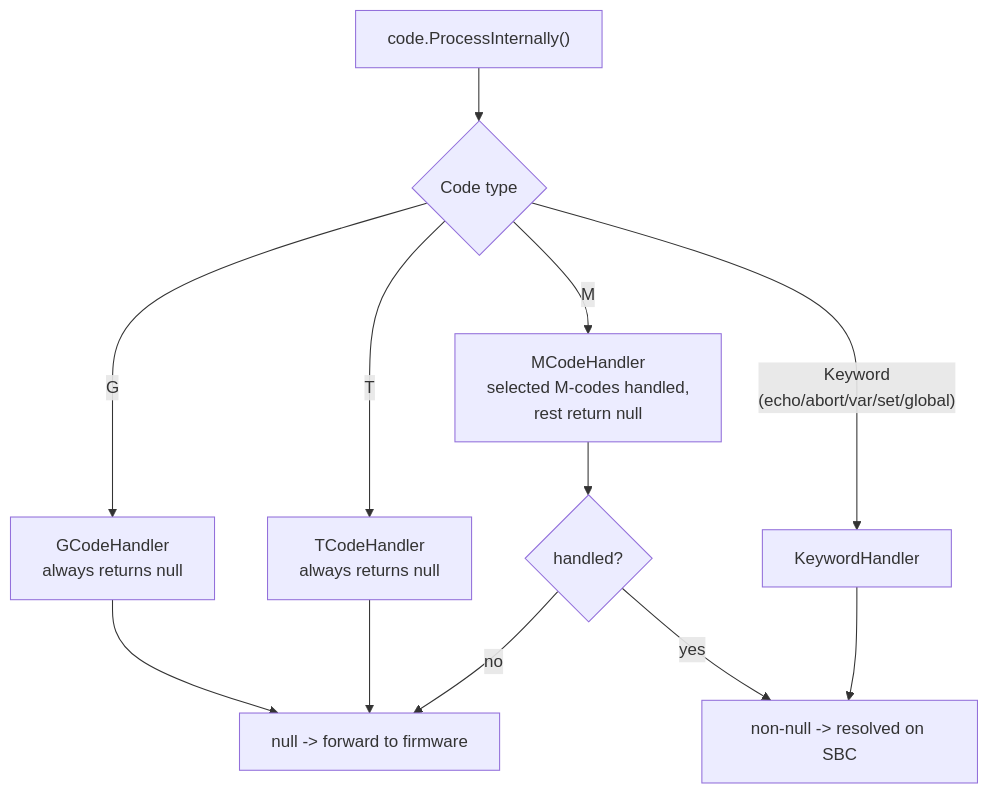
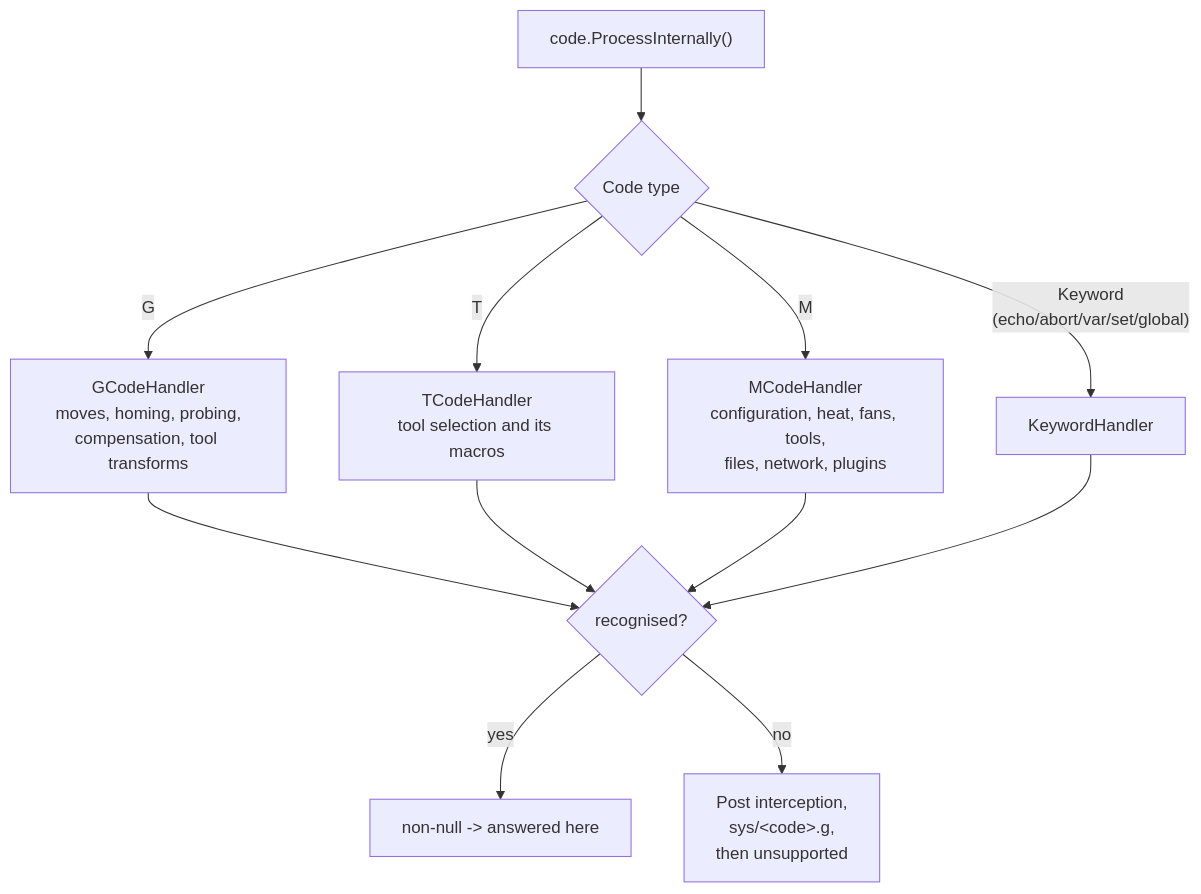
One commit to Duet3D/DuetSoftwareFramework changed the third of 3 diagrams in src/Documentation/articles/gcode-flow.md. Above: the diagram before and after it, drawn with Mermaid. The commit also changed other lines of this file and 8 other files, not shown here.

````diff
--- a/src/Documentation/articles/gcode-flow.md
+++ b/src/Documentation/articles/gcode-flow.md
@@ -179,15 +183,15 @@
 ```mermaid
 flowchart TD
     PI["code.ProcessInternally()"] --> TYPE{Code type}
-    TYPE -- "G" --> GH["GCodeHandler<br/>always returns null"]
-    TYPE -- "T" --> TH["TCodeHandler<br/>always returns null"]
-    TYPE -- "M" --> MH["MCodeHandler<br/>selected M-codes handled,<br/>rest return null"]
+    TYPE -- "G" --> GH["GCodeHandler<br/>moves, homing, probing,<br/>compensation, tool transforms"]
+    TYPE -- "T" --> TH["TCodeHandler<br/>tool selection and its macros"]
+    TYPE -- "M" --> MH["MCodeHandler<br/>configuration, heat, fans, tools,<br/>files, network, plugins"]
     TYPE -- "Keyword<br/>(echo/abort/var/set/global)" --> KH["KeywordHandler"]
 
-    GH --> FWD["null -> forward to firmware"]
-    TH --> FWD
-    MH --> DECIDE{handled?}
-    DECIDE -- "yes" --> RESOLVED["non-null -> resolved on SBC"]
-    DECIDE -- "no" --> FWD
-    KH --> RESOLVED
+    GH --> ANS{"recognised?"}
+    TH --> ANS
+    MH --> ANS
+    KH --> ANS
+    ANS -- "yes" --> RESOLVED["non-null -> answered here"]
+    ANS -- "no" --> FALLBACK["Post interception,<br/>sys/&lt;code&gt;.g,<br/>then unsupported"]
 ```
````
